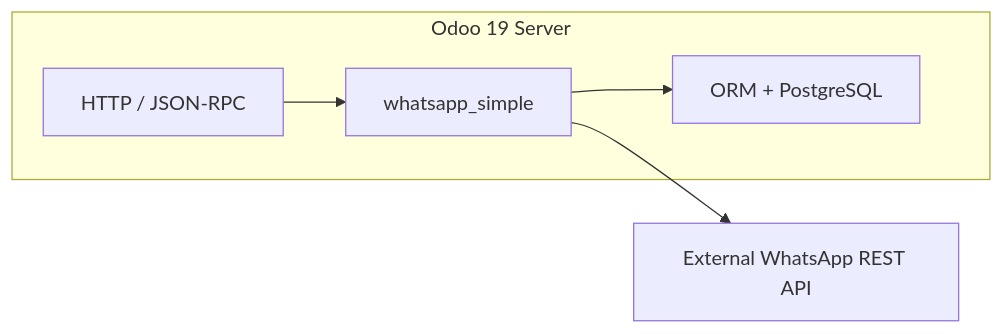
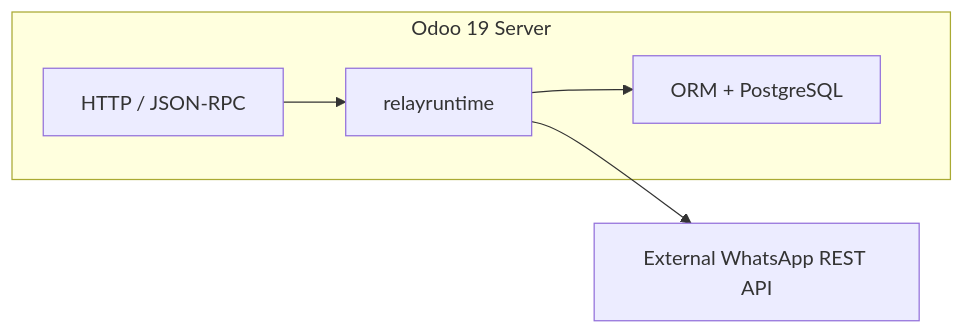
One commit to nagwagabr-rwpst/odoo-whatsapp-platform changed the first of 2 diagrams in docs/architecture/SYSTEM_OVERVIEW.md. Above: the diagram before and after it, drawn with Mermaid. The commit also changed 136 other files, not shown here.

Commit message:
refactor: introduce RWPST RelayRuntime runtime architecture

````diff
--- a/docs/architecture/SYSTEM_OVERVIEW.md
+++ b/docs/architecture/SYSTEM_OVERVIEW.md
@@ -18,11 +18,11 @@
 ```mermaid
 flowchart LR
     subgraph Odoo["Odoo 19 Server"]
         HTTP[HTTP / JSON-RPC]
         ORM[ORM + PostgreSQL]
-        MOD[whatsapp_simple]
+        MOD[relayruntime]
     end
     HTTP --> MOD
     MOD --> ORM
     MOD --> API[External WhatsApp REST API]
 ```
````
